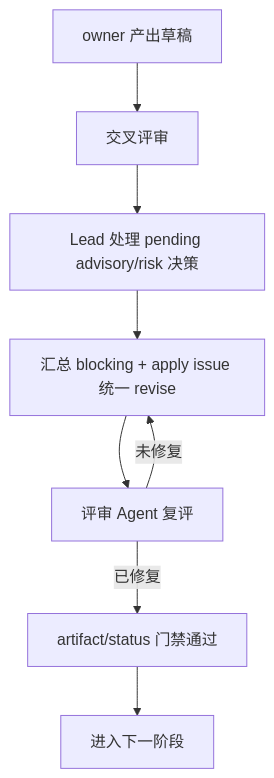
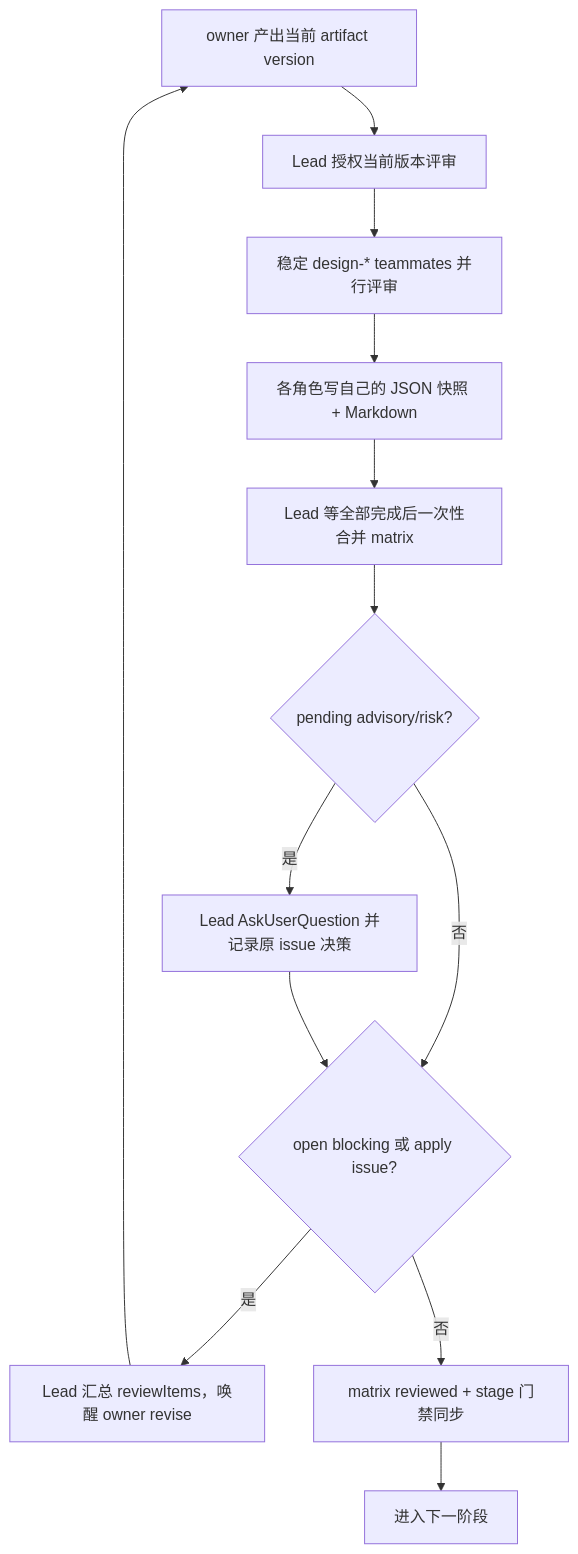
One commit to X1aoboo/scc-dev-sphere changed the fourth of 4 diagrams in README.md. Above: the diagram before and after it, drawn with Mermaid. The commit also changed other lines of this file and 30 other files, not shown here.

Commit message:
feat(design): add stable team review orchestration

````diff
--- a/README.md
+++ b/README.md
@@ -136,10 +136,15 @@
 ```mermaid
 flowchart TD
-  owner["owner 产出草稿"] --> review["交叉评审"]
-  review --> lead["Lead 处理 pending advisory/risk 决策"]
-  lead --> revise["汇总 blocking + apply issue 统一 revise"]
-  revise --> rereview["评审 Agent 复评"]
-  rereview -->|未修复| revise
-  rereview -->|已修复| gate["artifact/status 门禁通过"]
+  owner["owner 产出当前 artifact version"] --> authorize["Lead 授权当前版本评审"]
+  authorize --> reviewers["稳定 design-* teammates 并行评审"]
+  reviewers --> snapshots["各角色写自己的 JSON 快照 + Markdown"]
+  snapshots --> merge["Lead 等全部完成后一次性合并 matrix"]
+  merge --> decision{"pending advisory/risk?"}
+  decision -->|否| reviseCheck{"open blocking 或 apply issue?"}
+  decision -->|是| ask["Lead AskUserQuestion 并记录原 issue 决策"]
+  ask --> reviseCheck
+  reviseCheck -->|是| revise["Lead 汇总 reviewItems，唤醒 owner revise"]
+  revise --> owner
+  reviseCheck -->|否| gate["matrix reviewed + stage 门禁同步"]
   gate --> next["进入下一阶段"]
 ```
````
